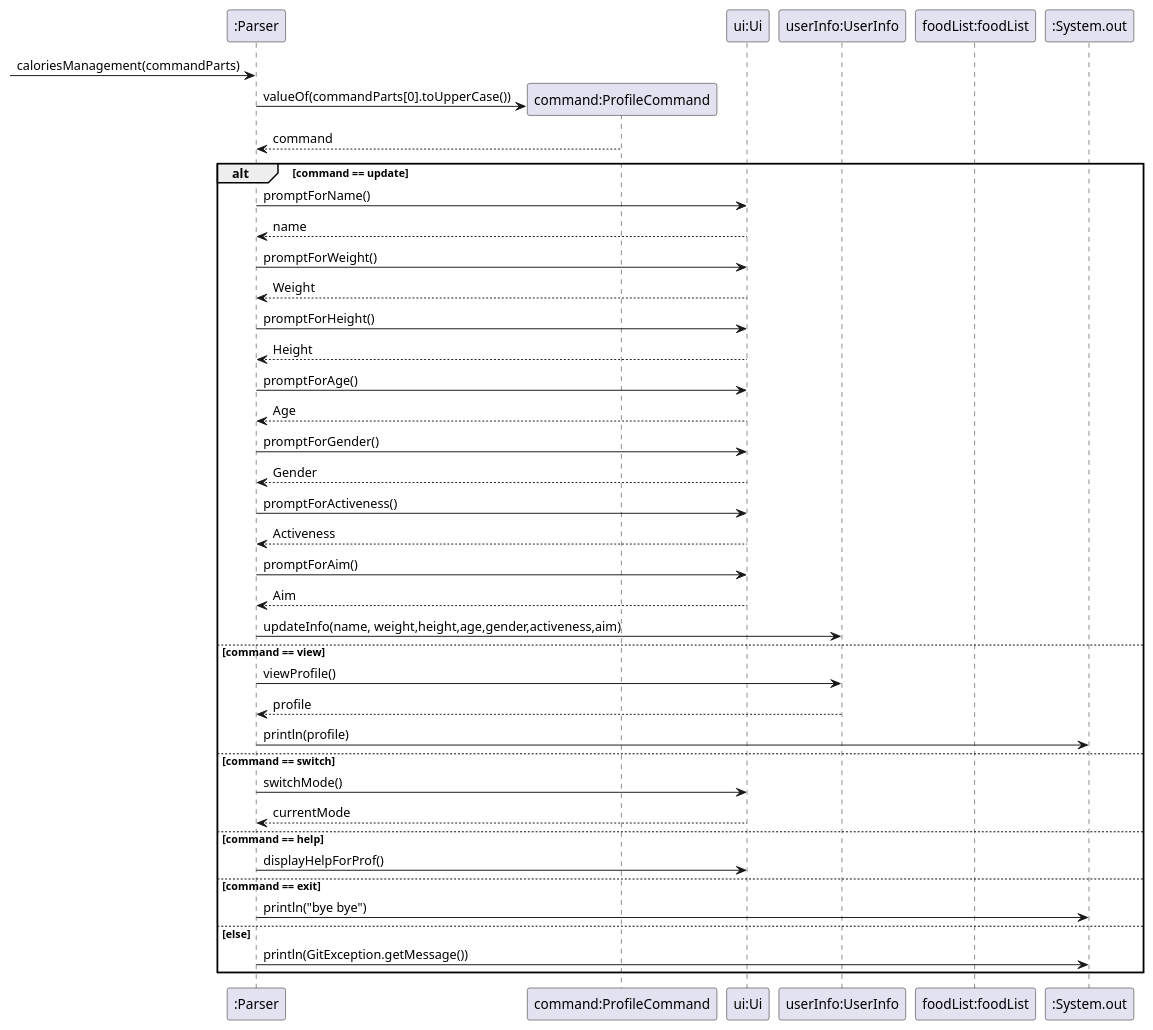
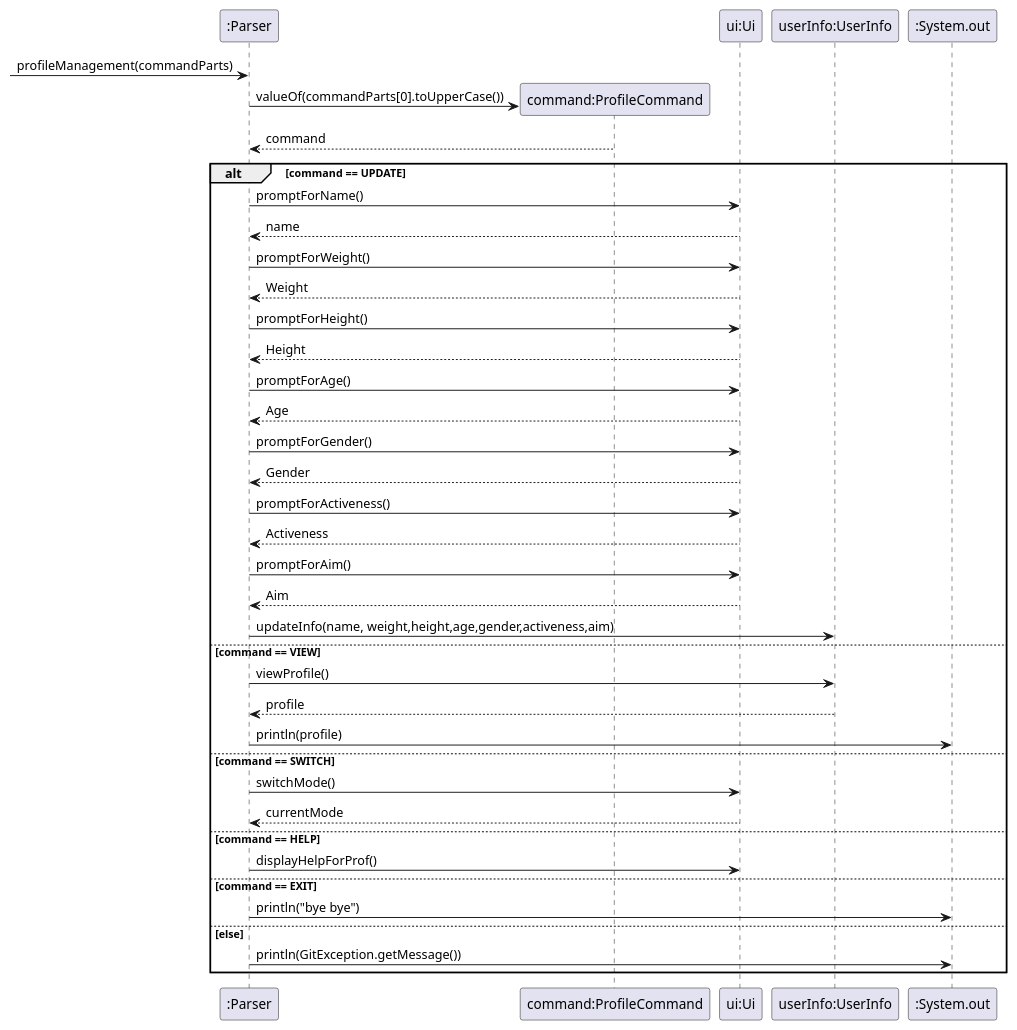
Before and after one commit to LuoYu-uwu/tp: the diagram in docs/diagrams/profileManagement.puml, drawn with PlantUML. The commit also changed 7 other files, not shown here.

Commit message:
Add sequence diagram for executeCommand in parser

```diff
--- a/docs/diagrams/profileManagement.puml
+++ b/docs/diagrams/profileManagement.puml
@@ -1,47 +1,46 @@
 @startuml
 
 participant ":Parser" as p
 participant "command:ProfileCommand" as cal
 participant "ui:Ui" as ui
 participant "userInfo:UserInfo" as info
-participant "foodList:foodList" as fl
 participant ":System.out" as sys
 
- -> p : caloriesManagement(commandParts)
+ -> p : profileManagement(commandParts)
 create cal
 p -> cal : valueOf(commandParts[0].toUpperCase())
 cal --> p : command
 
-alt command == update
+alt command == UPDATE
     p -> ui : promptForName()
     ui --> p : name
     p -> ui : promptForWeight()
     ui --> p : Weight
     p -> ui : promptForHeight()
     ui --> p : Height
     p -> ui : promptForAge()
     ui --> p : Age
     p -> ui : promptForGender()
     ui --> p : Gender
     p -> ui : promptForActiveness()
     ui --> p : Activeness
     p -> ui : promptForAim()
     ui --> p : Aim
     p -> info : updateInfo(name, weight,height,age,gender,activeness,aim)
-else command == view
+else command == VIEW
     p -> info: viewProfile()
     info --> p : profile
     p -> sys : println(profile)
-else command == switch
+else command == SWITCH
     p -> ui : switchMode()
     ui --> p : currentMode
-else command == help
+else command == HELP
     p -> ui : displayHelpForProf()
-else command == exit
+else command == EXIT
     p -> sys : println("bye bye")
 else else
     p -> sys : println(GitException.getMessage())
 end
 
 
 @enduml
```
